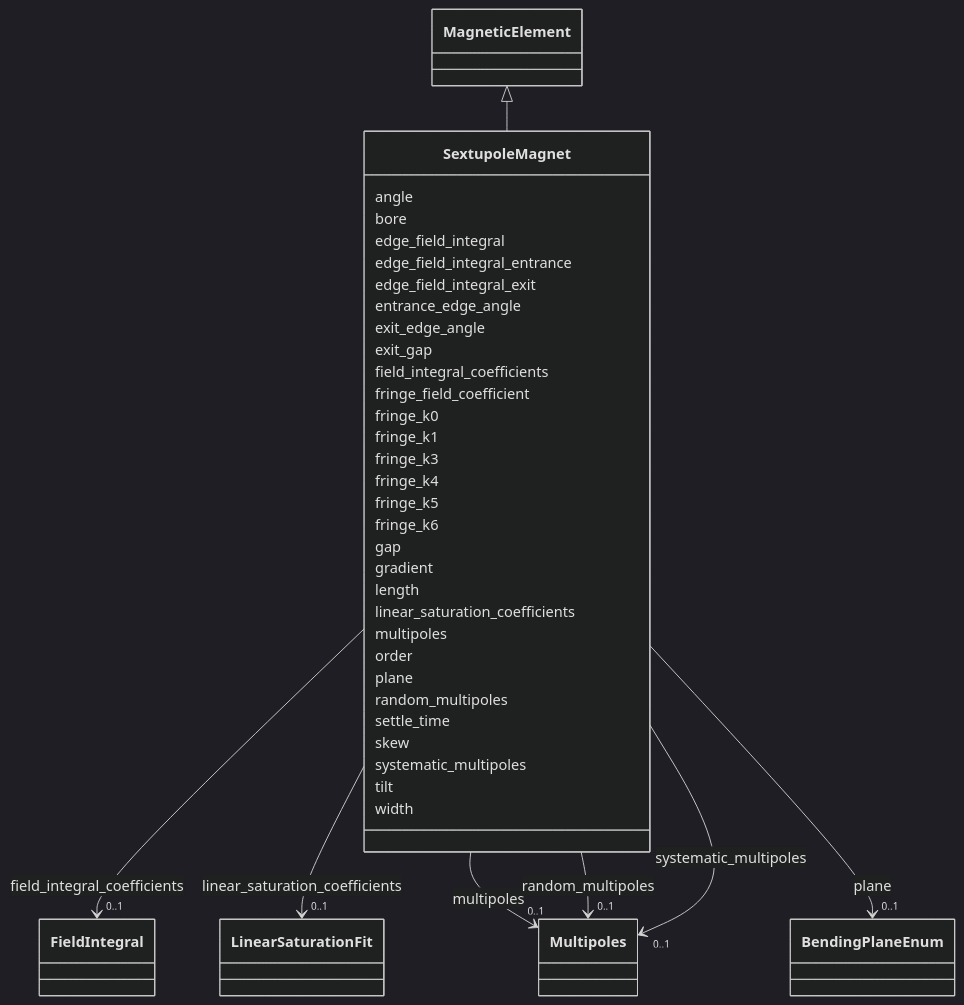
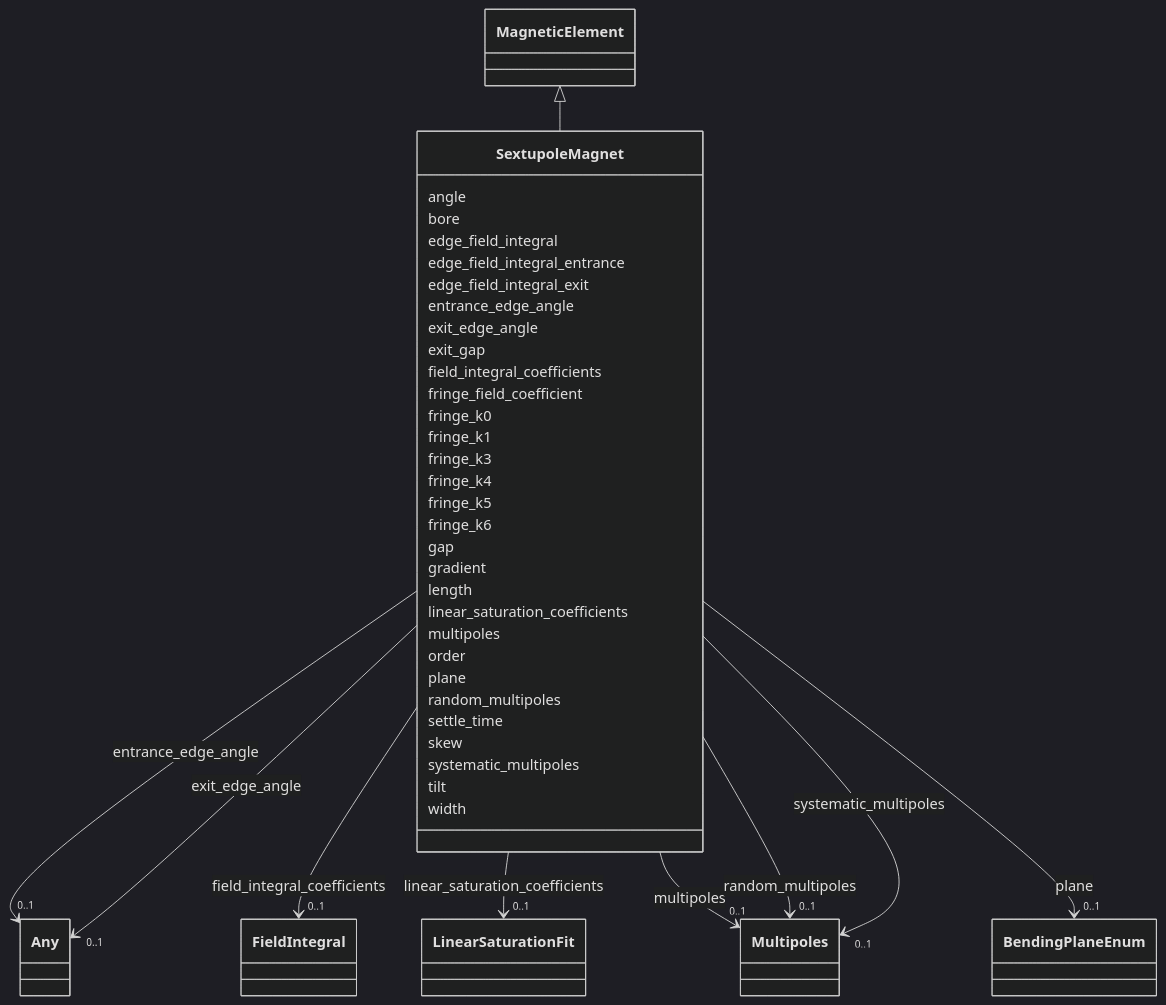
One commit to astec-stfc/laura changed the diagram in docs/source/schema/SextupoleMagnet.md. Above: the diagram before and after it, drawn with Mermaid (dark theme). The commit also changed other lines of this file and 101 other files, not shown here.

Commit message:
add Any type to schema since gen-pydantic can't apply a default and this helps to pass validation to multi-types vars; add inlined to elements/sections/layouts

```diff
--- a/docs/source/schema/SextupoleMagnet.md
+++ b/docs/source/schema/SextupoleMagnet.md
@@ -34,7 +34,25 @@
         
       SextupoleMagnet : entrance_edge_angle
         
+          
+    
+        
+        
+        SextupoleMagnet --> "0..1" Any : entrance_edge_angle
+        click Any href "../Any/"
+    
+
+        
       SextupoleMagnet : exit_edge_angle
+        
+          
+    
+        
+        
+        SextupoleMagnet --> "0..1" Any : exit_edge_angle
+        click Any href "../Any/"
+    
+
         
       SextupoleMagnet : exit_gap
         
```
